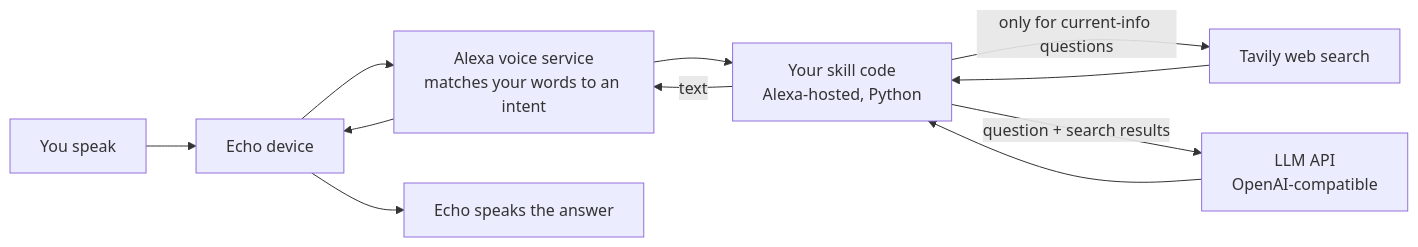
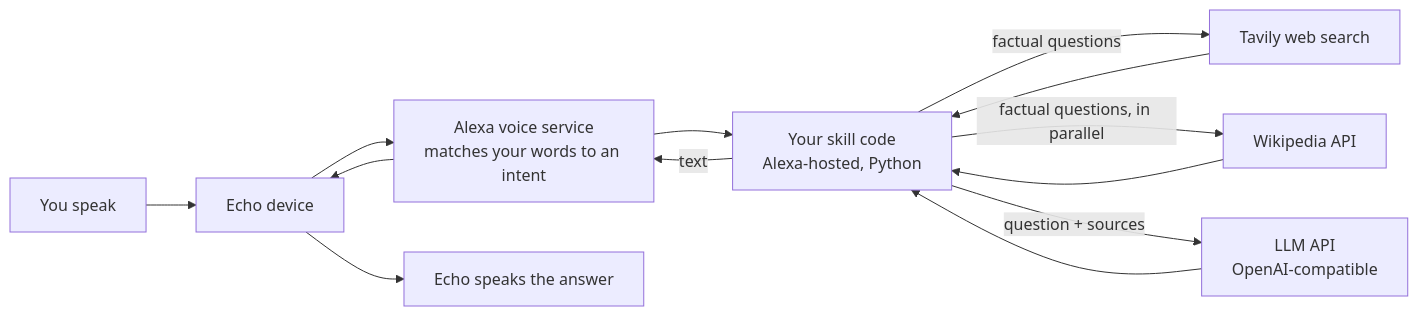
Before and after one commit to mlbonne/alexa-ai-assistant: the diagram in README.md, drawn with Mermaid. The commit also changed other lines of this file and 6 other files, not shown here.

First line of the commit message:
Ground factual answers in Wikipedia and web search; stop refusals

````diff
--- a/README.md
+++ b/README.md
@@ -37,13 +39,15 @@
 ```mermaid
 flowchart LR
     U[You speak] --> E[Echo device]
     E --> A[Alexa voice service<br/>matches your words to an intent]
     A --> L[Your skill code<br/>Alexa-hosted, Python]
-    L -- only for current-info questions --> T[Tavily web search]
+    L -- factual questions --> T[Tavily web search]
+    L -- factual questions, in parallel --> W[Wikipedia API]
     T --> L
-    L -- question + search results --> M[LLM API<br/>OpenAI-compatible]
+    W --> L
+    L -- question + sources --> M[LLM API<br/>OpenAI-compatible]
     M --> L
     L -- text --> A
     A --> E
     E --> U2[Echo speaks the answer]
 ```
````
